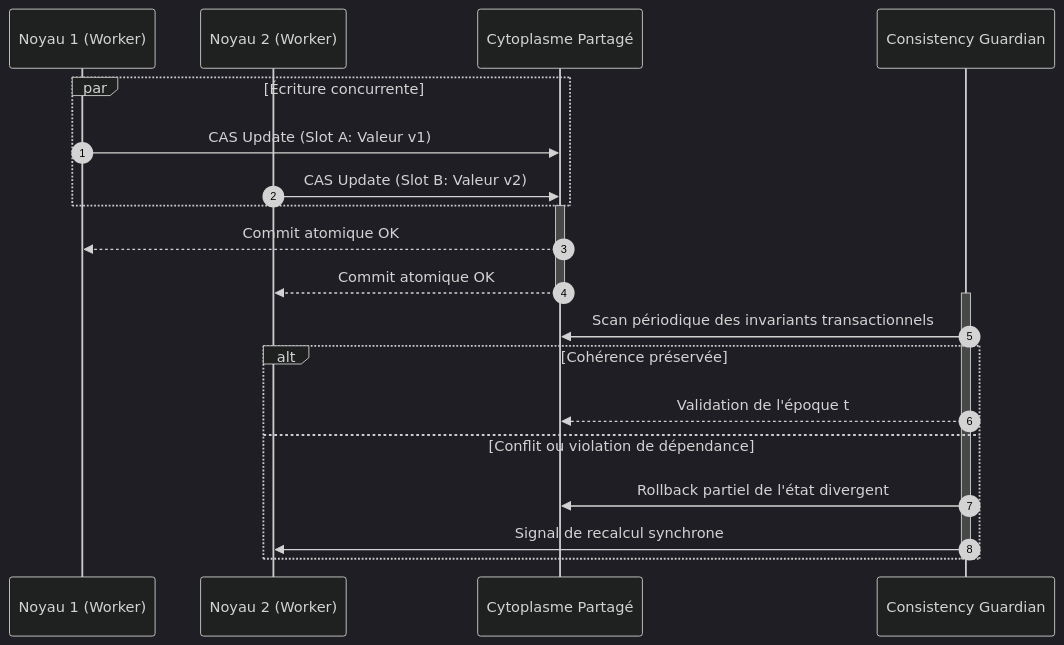
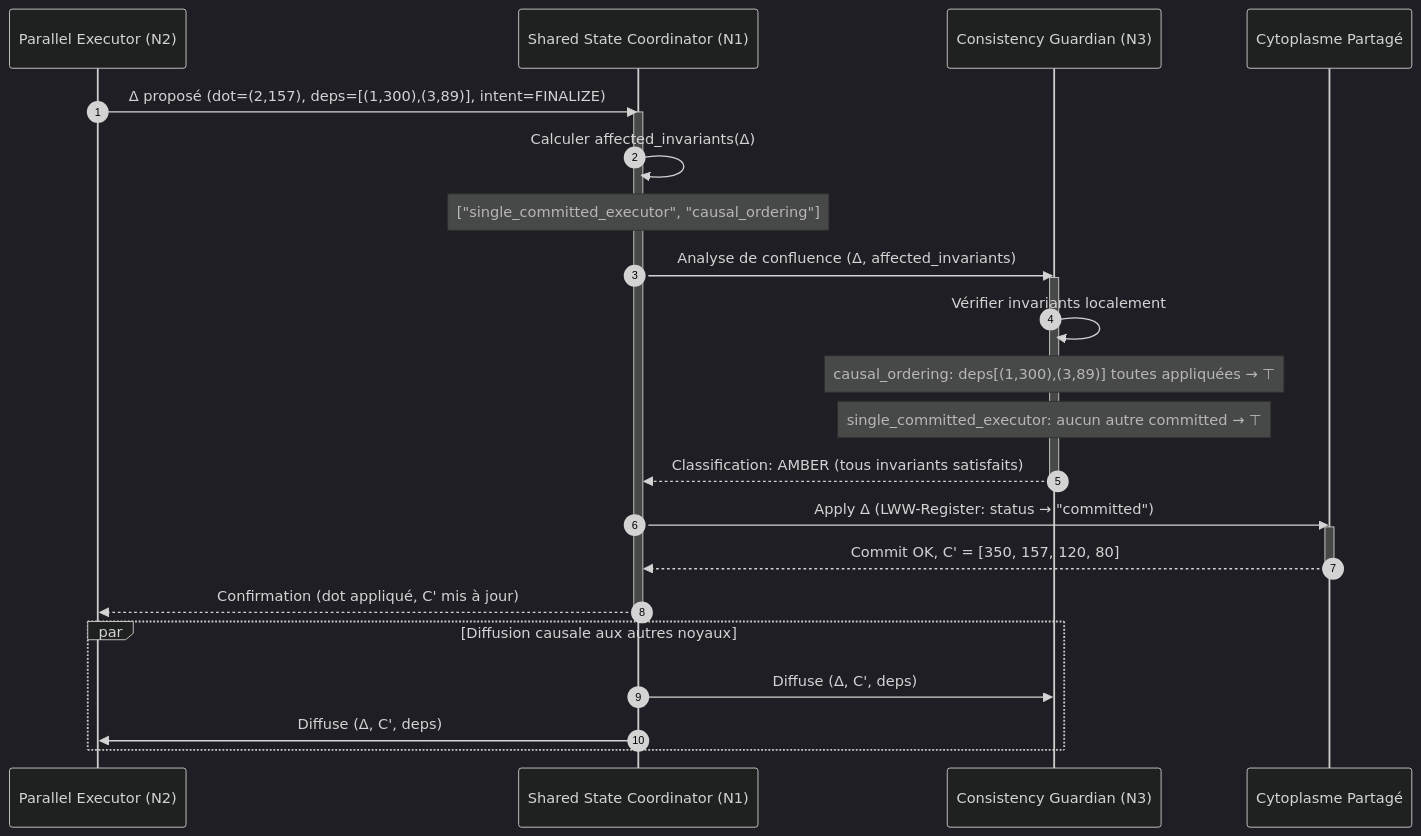
The third of 6 diagrams in docs/02-orchestration/topologies/syncytium.md (PISSARAW/GenOS), drawn with Mermaid (dark theme) before and after one commit. The commit also changed other lines of this file, not shown here.

Commit message:
[DOC] Refonte complete de la doc Syncytium v3 — 1374 lignes, 4 Mermaid, 14 variants, cas d'usage et anti-usage

````diff
--- a/docs/02-orchestration/topologies/syncytium.md
+++ b/docs/02-orchestration/topologies/syncytium.md
@@ -1094,28 +896,37 @@
 ```mermaid
 sequenceDiagram
     autonumber
-    participant N1 as Noyau 1 (Worker)
-    participant N2 as Noyau 2 (Worker)
-    participant Mem as Cytoplasme Partagé
-    participant Guard as Consistency Guardian
-
-    par Écriture concurrente
-        N1->>Mem: CAS Update (Slot A: Valeur v1)
-        N2->>Mem: CAS Update (Slot B: Valeur v2)
+    participant PE as Parallel Executor (N2)
+    participant SSC as Shared State Coordinator (N1)
+    participant CG as Consistency Guardian (N3)
+    participant Cyt as Cytoplasme Partagé
+    
+    PE->>SSC: Δ proposé (dot=(2,157), deps=[(1,300),(3,89)], intent=FINALIZE)
+    activate SSC
+    
+    SSC->>SSC: Calculer affected_invariants(Δ)
+    Note over SSC: ["single_committed_executor", "causal_ordering"]
+    
+    SSC->>CG: Analyse de confluence (Δ, affected_invariants)
+    activate CG
+    
+    CG->>CG: Vérifier invariants localement
+    Note over CG: causal_ordering: deps[(1,300),(3,89)] toutes appliquées → ⊤
+    Note over CG: single_committed_executor: aucun autre committed → ⊤
+    
+    CG-->>SSC: Classification: AMBER (tous invariants satisfaits)
+    deactivate CG
+    
+    SSC->>Cyt: Apply Δ (LWW-Register: status → "committed")
+    activate Cyt
+    Cyt-->>SSC: Commit OK, C' = [350, 157, 120, 80]
+    deactivate Cyt
+    
+    SSC-->>PE: Confirmation (dot appliqué, C' mis à jour)
+    deactivate SSC
+    
+    par Diffusion causale aux autres noyaux
+        SSC->>CG: Diffuse (Δ, C', deps)
+        SSC->>PE: Diffuse (Δ, C', deps)
     end
-    
-    activate Mem
-    Mem-->>N1: Commit atomique OK
-    Mem-->>N2: Commit atomique OK
-    deactivate Mem
-    
-    activate Guard
-    Guard->>Mem: Scan périodique des invariants transactionnels
-    alt Cohérence préservée
-        Guard-->>Mem: Validation de l'époque t
-    else Conflit ou violation de dépendance
-        Guard->>Mem: Rollback partiel de l'état divergent
-        Guard->>N2: Signal de recalcul synchrone
-    end
-    deactivate Guard
 ```
````
